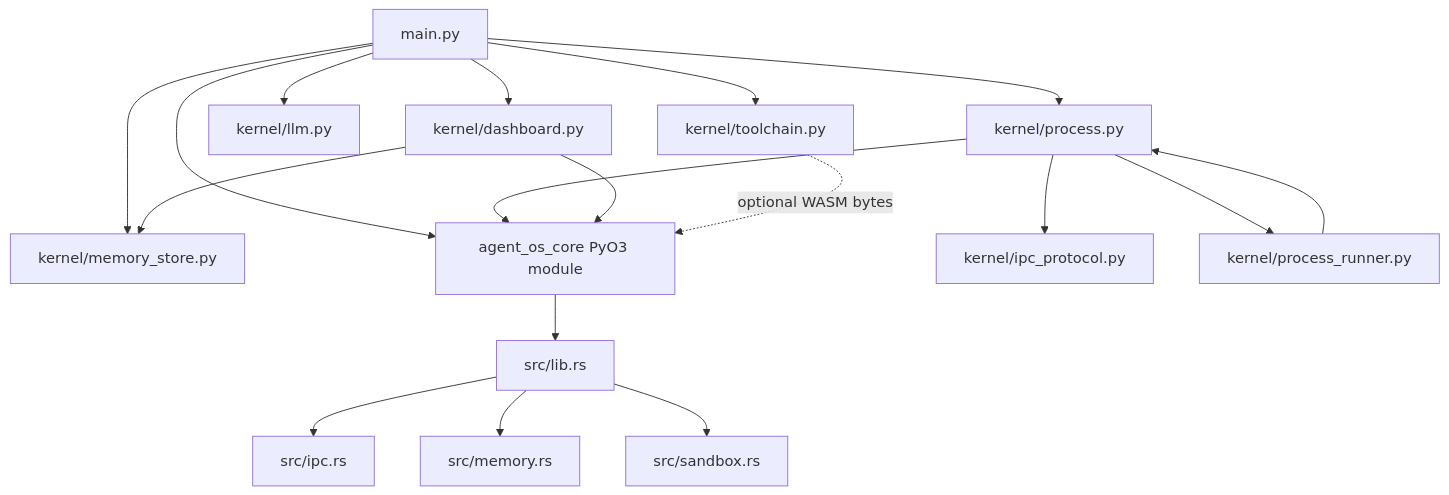
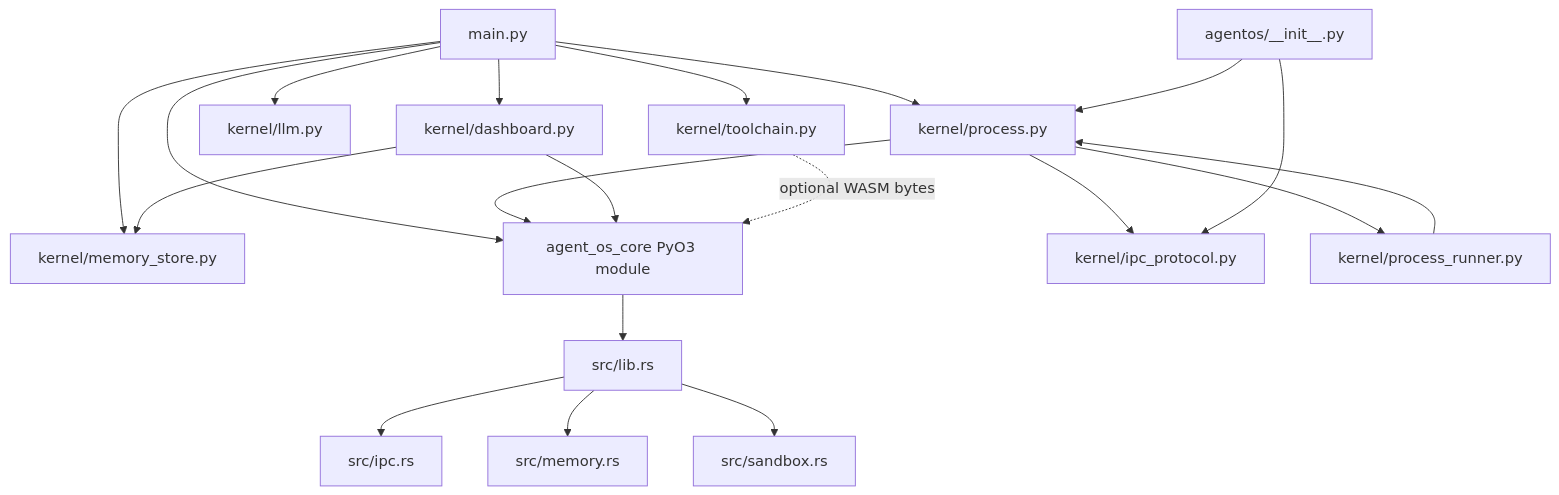
One commit to ElarizT/AgentOS changed diagram 13 of 13 in docs/architecture.md. Above: the diagram before and after it, drawn with Mermaid. The commit also changed other lines of this file and 19 other files, not shown here.

````diff
--- a/docs/architecture.md
+++ b/docs/architecture.md
@@ -439,23 +440,25 @@
 ```mermaid
 flowchart TD
     MAIN["main.py"] --> DASH["kernel/dashboard.py"]
     MAIN --> PROC["kernel/process.py"]
     MAIN --> PMEM["kernel/memory_store.py"]
     MAIN --> LLM["kernel/llm.py"]
     MAIN --> TOOL["kernel/toolchain.py"]
     MAIN --> CORE["agent_os_core PyO3 module"]
 
     PROC --> PROTO["kernel/ipc_protocol.py"]
+    SDK["agentos/__init__.py"] --> PROC
+    SDK --> PROTO
     PROC --> RUNNER["kernel/process_runner.py"]
     PROC --> CORE
     DASH --> CORE
     DASH --> PMEM
     TOOL -. optional WASM bytes .-> CORE
 
     CORE --> LIB["src/lib.rs"]
     LIB --> IPC["src/ipc.rs"]
     LIB --> RMEM["src/memory.rs"]
     LIB --> SANDBOX["src/sandbox.rs"]
 
     RUNNER --> PROC
 ```
````
